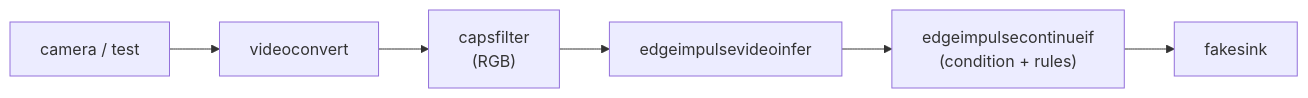
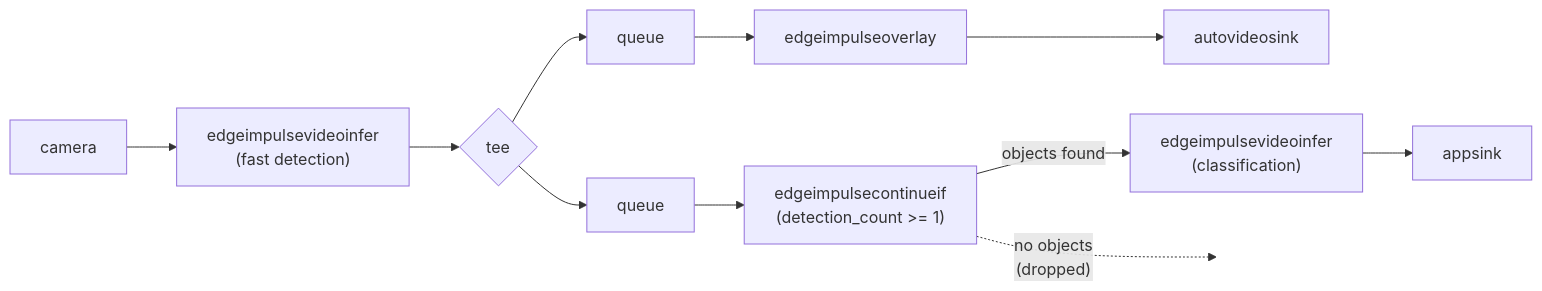
The seventh of 10 diagrams in README.md (edgeimpulse/gst-plugins-edgeimpulse), drawn with Mermaid before and after one commit. The commit also changed other lines of this file, not shown here.

````diff
--- a/README.md
+++ b/README.md
@@ -910,4 +914,11 @@
 ```mermaid
 graph LR
-    src["camera / test"] --> vc[videoconvert] --> caps["capsfilter\n(RGB)"] --> infer[edgeimpulsevideoinfer] --> gate["edgeimpulsecontinueif\n(condition + rules)"] --> sink[fakesink]
+    cam[camera] --> det["edgeimpulsevideoinfer\n(fast detection)"]
+    det --> tee{tee}
+    tee --> q1[queue] --> overlay[edgeimpulseoverlay] --> display[autovideosink]
+    tee --> q2[queue] --> gate["edgeimpulsecontinueif\n(detection_count >= 1)"]
+    gate -->|"objects found"| cls["edgeimpulsevideoinfer\n(classification)"] --> sink[appsink]
+    gate -.->|"no objects\n(dropped)"| X[ ]
+
+    style X fill:none,stroke:none
 ```
````
